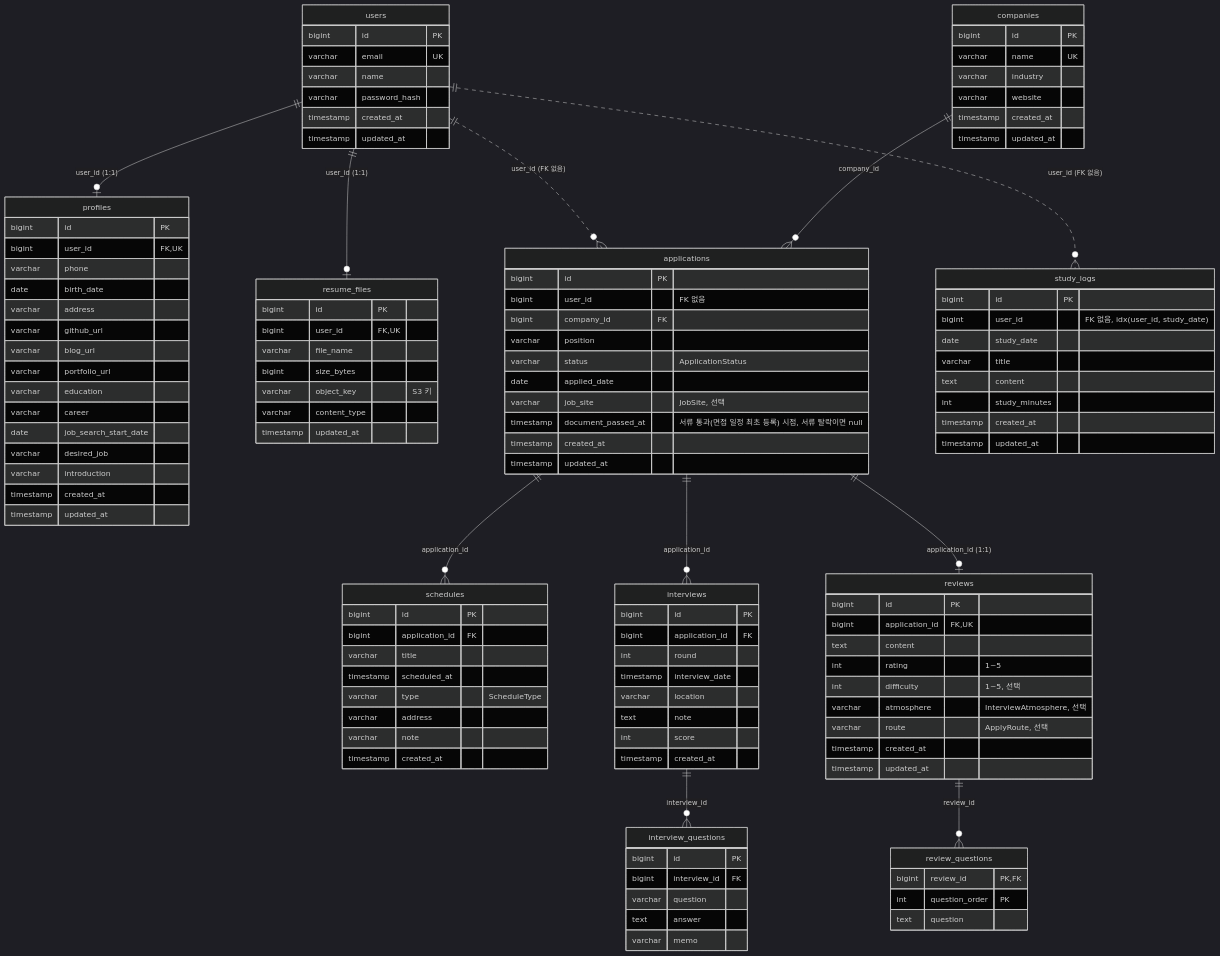
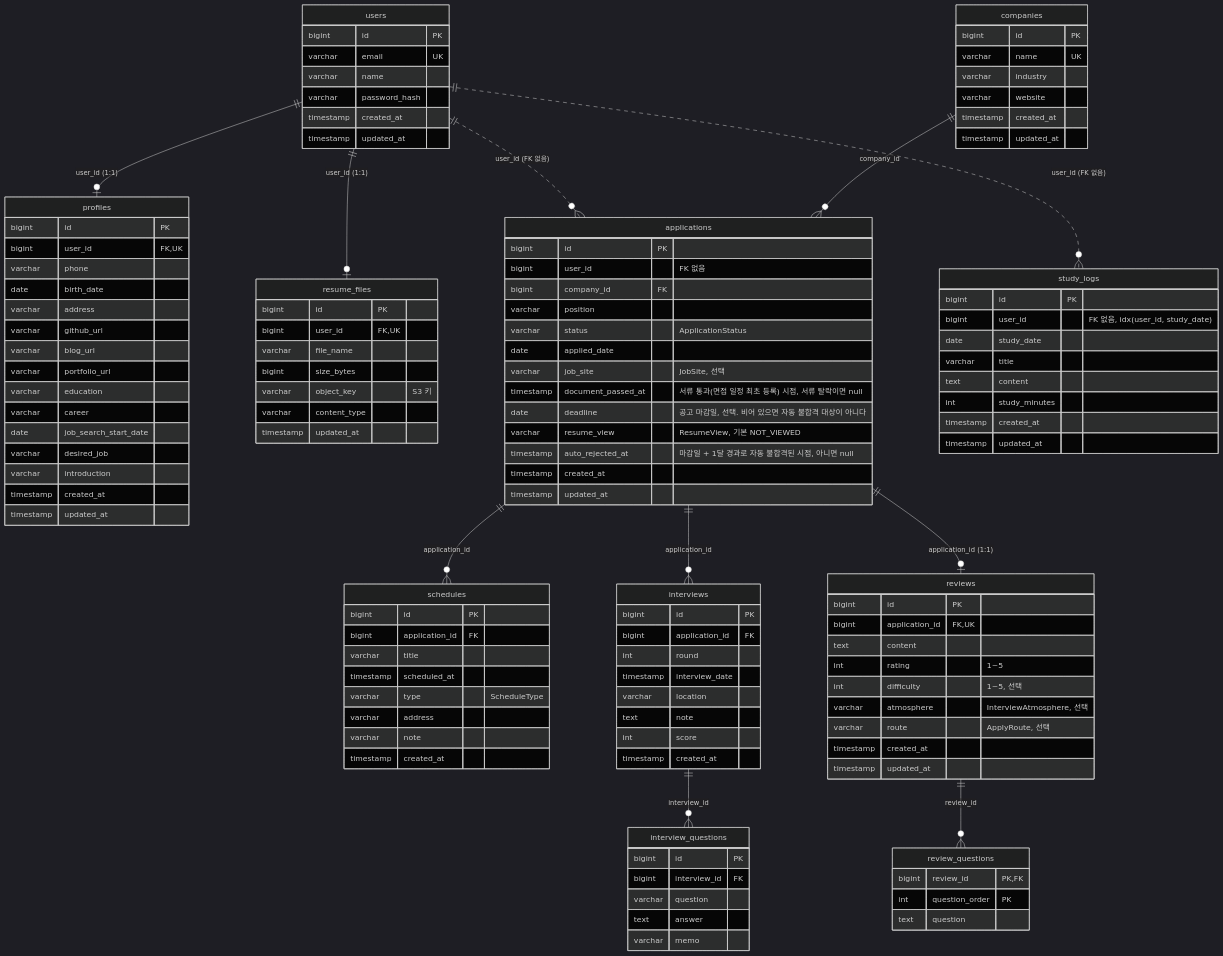
One commit to MyeongSooJang/job-tracker changed the diagram in docs/ERD.md. Above: the diagram before and after it, drawn with Mermaid (dark theme). The commit also changed other lines of this file and 3 other files, not shown here.

```diff
--- a/docs/ERD.md
+++ b/docs/ERD.md
@@ -66,6 +66,9 @@
         date applied_date
         varchar job_site "JobSite, 선택"
         timestamp document_passed_at "서류 통과(면접 일정 최초 등록) 시점, 서류 탈락이면 null"
+        date deadline "공고 마감일, 선택. 비어 있으면 자동 불합격 대상이 아니다"
+        varchar resume_view "ResumeView, 기본 NOT_VIEWED"
+        timestamp auto_rejected_at "마감일 + 1달 경과로 자동 불합격된 시점, 아니면 null"
         timestamp created_at
         timestamp updated_at
     }
```
